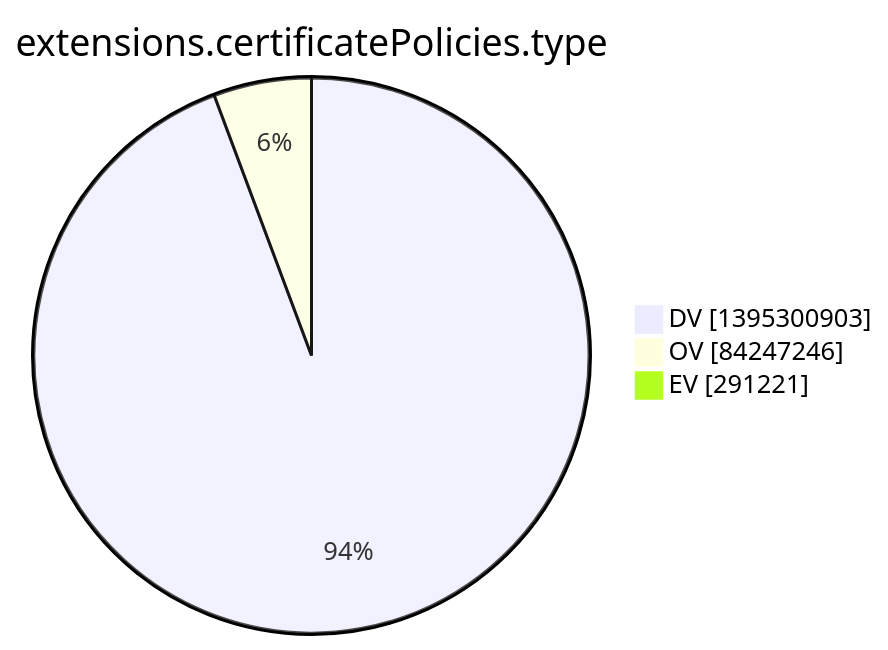
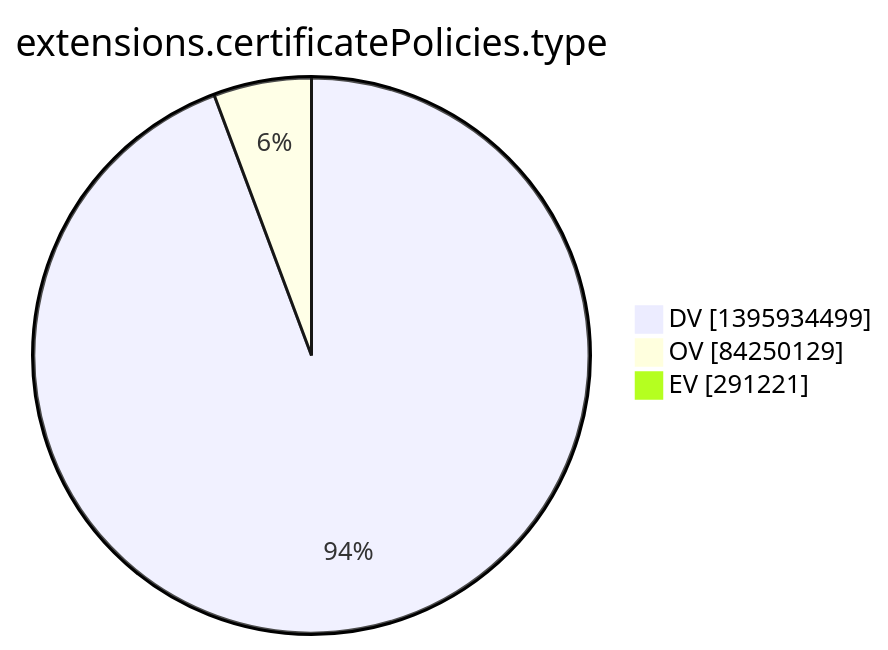
The tenth of 15 diagrams in argon2022/README.md (christiankrug/ctmonitor_visualization), drawn with Mermaid before and after one commit. The commit also changed other lines of this file, not shown here.

````diff
--- a/argon2022/README.md
+++ b/argon2022/README.md
@@ -2773,7 +2773,7 @@
 ```mermaid
 pie showData
 title extensions.certificatePolicies.type
-"DV" :1395300903
-"OV" :84247246
+"DV" :1395934499
+"OV" :84250129
 "EV" :291221
 ```
````
